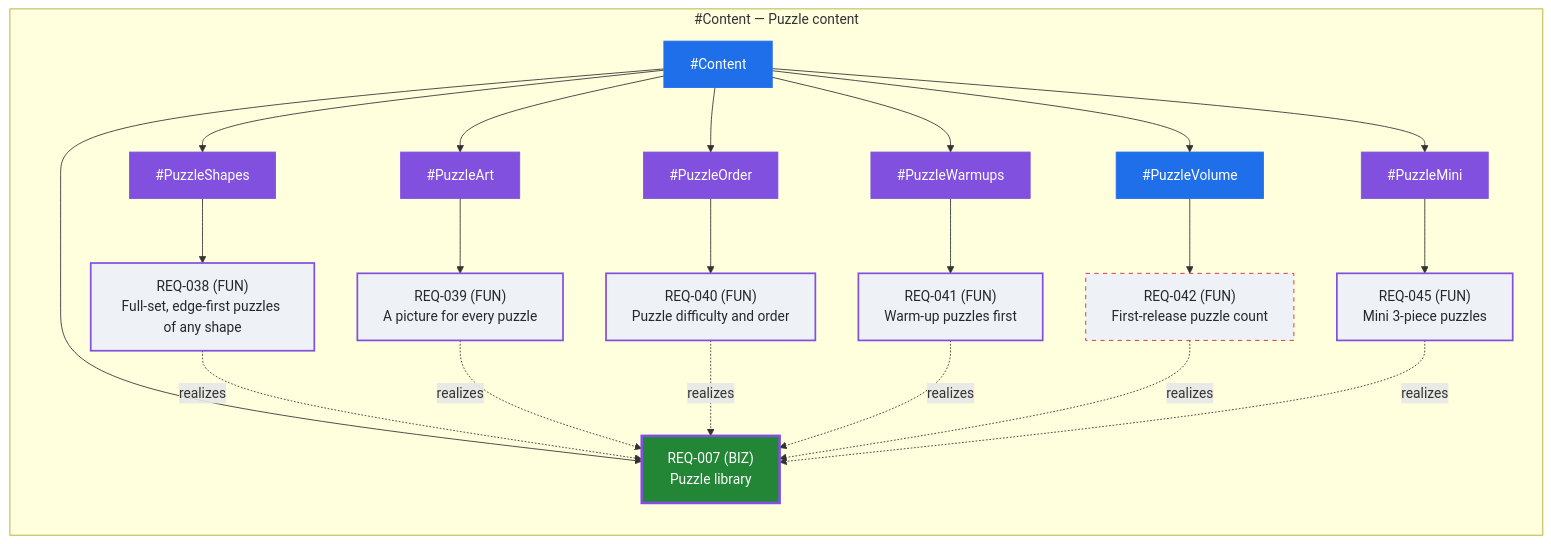
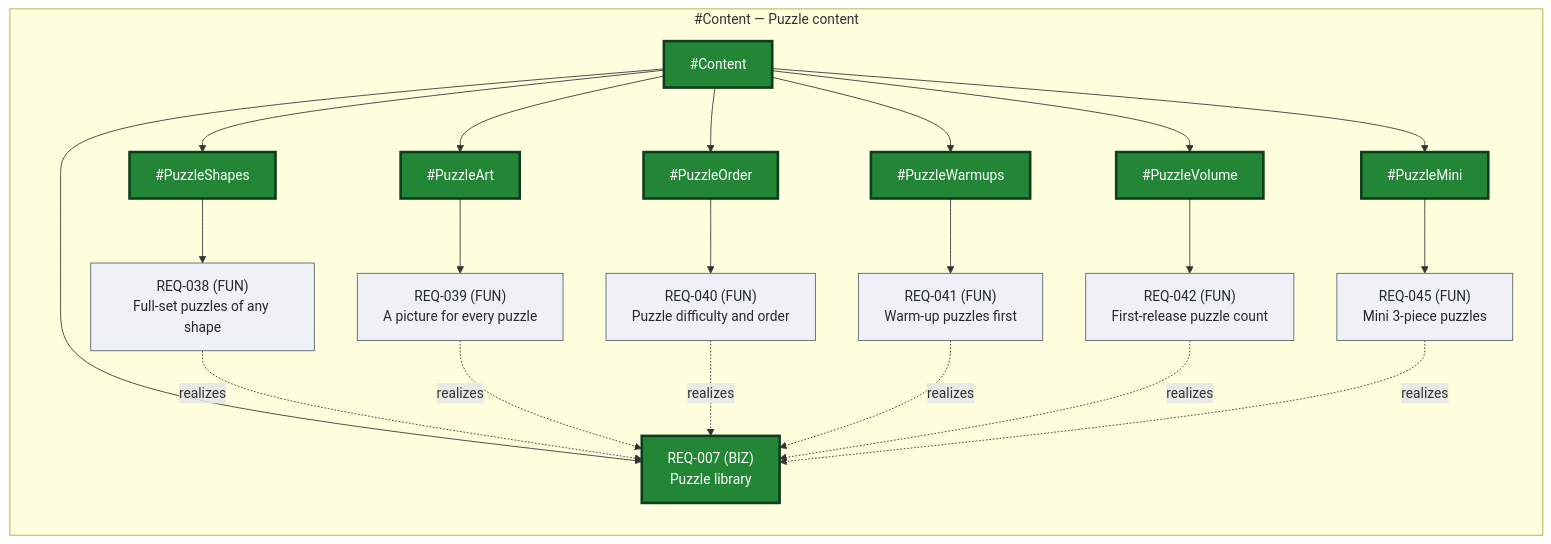
One commit to jamisuni/TangramNoAds changed the diagram in Requirements/views/feature-map-Content.md. Above: the diagram before and after it, drawn with Mermaid. The commit also changed 111 other files, not shown here.

````diff
--- a/Requirements/views/feature-map-Content.md
+++ b/Requirements/views/feature-map-Content.md
@@ -7,53 +7,53 @@
 ```mermaid
 flowchart LR
   subgraph sg_Content ["#Content — Puzzle content"]
-    Content["#Content"]:::feat
-    REQ-007["REQ-007 (BIZ)<br/>Puzzle library"]:::bizAi
-    PuzzleShapes["#PuzzleShapes"]:::featAi
-    REQ-038["REQ-038 (FUN)<br/>Full-set, edge-first puzzles of any shape"]:::funAi
-    PuzzleMini["#PuzzleMini"]:::featAi
-    REQ-045["REQ-045 (FUN)<br/>Mini 3-piece puzzles"]:::funAi
-    PuzzleWarmups["#PuzzleWarmups"]:::featAi
-    REQ-041["REQ-041 (FUN)<br/>Warm-up puzzles first"]:::funAi
-    PuzzleArt["#PuzzleArt"]:::featAi
-    REQ-039["REQ-039 (FUN)<br/>A picture for every puzzle"]:::funAi
-    PuzzleOrder["#PuzzleOrder"]:::featAi
-    REQ-040["REQ-040 (FUN)<br/>Puzzle difficulty and order"]:::funAi
-    PuzzleVolume["#PuzzleVolume"]:::feat
-    REQ-042["REQ-042 (FUN)<br/>First-release puzzle count"]:::funInf
+    Content["#Content"]:::featLock
+    REQ-007["REQ-007 (BIZ)<br/>Puzzle library"]:::biz
+    PuzzleShapes["#PuzzleShapes"]:::featLock
+    REQ-038["REQ-038 (FUN)<br/>Full-set puzzles of any shape"]:::fun
+    PuzzleMini["#PuzzleMini"]:::featLock
+    REQ-045["REQ-045 (FUN)<br/>Mini 3-piece puzzles"]:::fun
+    PuzzleWarmups["#PuzzleWarmups"]:::featLock
+    REQ-041["REQ-041 (FUN)<br/>Warm-up puzzles first"]:::fun
+    PuzzleArt["#PuzzleArt"]:::featLock
+    REQ-039["REQ-039 (FUN)<br/>A picture for every puzzle"]:::fun
+    PuzzleOrder["#PuzzleOrder"]:::featLock
+    REQ-040["REQ-040 (FUN)<br/>Puzzle difficulty and order"]:::fun
+    PuzzleVolume["#PuzzleVolume"]:::featLock
+    REQ-042["REQ-042 (FUN)<br/>First-release puzzle count"]:::fun
   end
   Content --> REQ-007
   Content --> PuzzleShapes
   PuzzleShapes --> REQ-038
   Content --> PuzzleMini
   PuzzleMini --> REQ-045
   Content --> PuzzleWarmups
   PuzzleWarmups --> REQ-041
   Content --> PuzzleArt
   PuzzleArt --> REQ-039
   Content --> PuzzleOrder
   PuzzleOrder --> REQ-040
   Content --> PuzzleVolume
   PuzzleVolume --> REQ-042
   REQ-038 -.->|realizes| REQ-007
   REQ-039 -.->|realizes| REQ-007
   REQ-040 -.->|realizes| REQ-007
   REQ-041 -.->|realizes| REQ-007
   REQ-042 -.->|realizes| REQ-007
   REQ-045 -.->|realizes| REQ-007
   classDef feat fill:#1f6feb,color:#fff,stroke:#1f6feb
   classDef featIdea fill:#dbe4f3,color:#24292f,stroke:#1f6feb,stroke-dasharray: 4 3
   classDef featSpec fill:#0d5c2f,color:#fff,stroke:#0d5c2f
   classDef featLock fill:#238636,color:#fff,stroke:#0d3d1c,stroke-width:3px
   classDef biz fill:#238636,color:#fff,stroke:#0d3d1c,stroke-width:3px
   classDef fun fill:#eef2f6,color:#24292f,stroke:#57606a
   classDef ui fill:#fff8c5,color:#24292f,stroke:#9a6700
   classDef bizInf fill:#238636,color:#fff,stroke:#cf222e,stroke-dasharray: 5 5
   classDef funInf fill:#eef2f6,color:#24292f,stroke:#cf222e,stroke-dasharray: 5 5
   classDef uiInf fill:#fff8c5,color:#24292f,stroke:#cf222e,stroke-dasharray: 5 5
   classDef withdrawn fill:#f6f8fa,color:#8c959f,stroke:#8c959f,stroke-dasharray: 2 2
   classDef featAi fill:#8250df,color:#fff,stroke:#8250df
   classDef bizAi fill:#238636,color:#fff,stroke:#8250df,stroke-width:3px
   classDef funAi fill:#eef2f6,color:#24292f,stroke:#8250df,stroke-width:2px
   classDef uiAi fill:#fff8c5,color:#24292f,stroke:#8250df,stroke-width:2px
 ```
````
